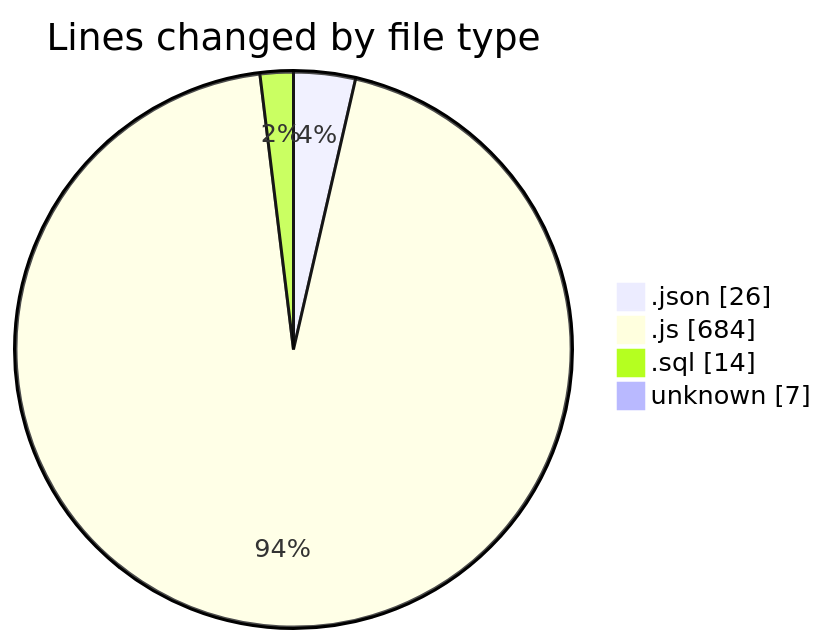
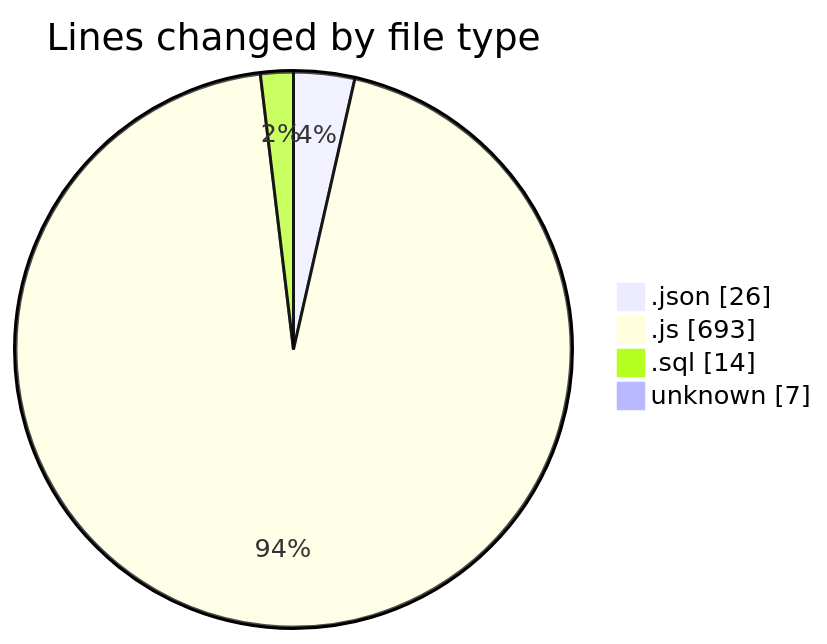
The first of 2 diagrams in 2025-09-10/cashcalc/README.md (nxtqubesakshisongat/code-tracking), drawn with Mermaid before and after one commit. The commit also changed other lines of this file and 1 other file, not shown here.

````diff
--- a/2025-09-10/cashcalc/README.md
+++ b/2025-09-10/cashcalc/README.md
@@ -33,8 +33,8 @@
 ```mermaid
 pie showData
 title Lines changed by file type
 ".json" : 26
-".js" : 684
+".js" : 693
 ".sql" : 14
 "unknown" : 7
 ```
````
